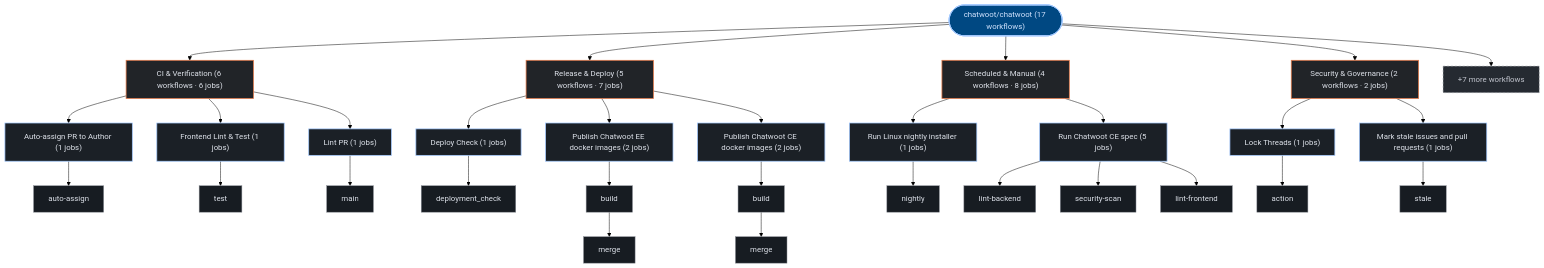
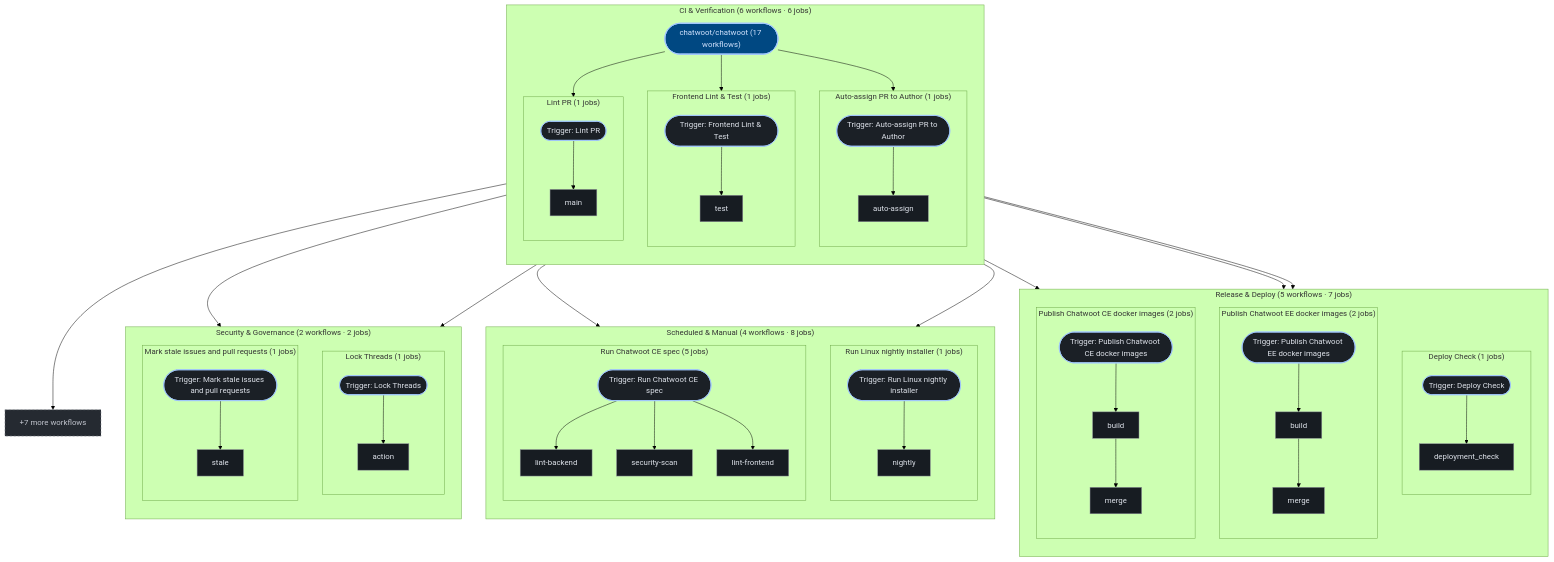
Before and after one commit to kumarshaz/atruss-code-atlas: the third of 3 diagrams in exports/latest/reports/chatwoot-chatwoot-report.md, drawn with Mermaid (forest theme). The commit also changed 181 other files, not shown here.

````diff
--- a/exports/latest/reports/chatwoot-chatwoot-report.md
+++ b/exports/latest/reports/chatwoot-chatwoot-report.md
@@ -293,62 +293,96 @@
   classDef atlasAlert fill:#93000a,stroke:#ffb4ab,stroke-width:1.5px,color:#ffdad6
   classDef atlasMore fill:#252a31,stroke:#8d9199,stroke-dasharray:4 4,color:#c3c6cf
   pipeline_root(["chatwoot/chatwoot (17 workflows)"]):::atlasRoot
-  grp_0_CI___Verification["CI & Verification (6 workflows · 6 jobs)"]:::atlasCategory
-  pipeline_root --> grp_0_CI___Verification
-  wf_0_Auto_assign_PR_to_Author["Auto-assign PR to Author (1 jobs)"]:::atlasWorkflow
-  grp_0_CI___Verification --> wf_0_Auto_assign_PR_to_Author
-  job_0_auto_assign["auto-assign"]:::atlasJob
-  wf_0_Auto_assign_PR_to_Author --> job_0_auto_assign
-  wf_2_Frontend_Lint___Test["Frontend Lint & Test (1 jobs)"]:::atlasWorkflow
-  grp_0_CI___Verification --> wf_2_Frontend_Lint___Test
-  job_2_test["test"]:::atlasJob
-  wf_2_Frontend_Lint___Test --> job_2_test
-  wf_4_Lint_PR["Lint PR (1 jobs)"]:::atlasWorkflow
-  grp_0_CI___Verification --> wf_4_Lint_PR
-  job_4_main["main"]:::atlasJob
-  wf_4_Lint_PR --> job_4_main
-  grp_1_Release___Deploy["Release & Deploy (5 workflows · 7 jobs)"]:::atlasCategory
-  pipeline_root --> grp_1_Release___Deploy
-  wf_1_Deploy_Check["Deploy Check (1 jobs)"]:::atlasWorkflow
-  grp_1_Release___Deploy --> wf_1_Deploy_Check
-  job_1_deployment_check["deployment_check"]:::atlasJob
-  wf_1_Deploy_Check --> job_1_deployment_check
-  wf_10_Publish_Chatwoot_EE_docker_images["Publish Chatwoot EE docker images (2 jobs)"]:::atlasWorkflow
-  grp_1_Release___Deploy --> wf_10_Publish_Chatwoot_EE_docker_images
-  job_10_build["build"]:::atlasJob
-  job_10_merge["merge"]:::atlasJob
-  wf_10_Publish_Chatwoot_EE_docker_images --> job_10_build
-  job_10_build --> job_10_merge
-  wf_11_Publish_Chatwoot_CE_docker_images["Publish Chatwoot CE docker images (2 jobs)"]:::atlasWorkflow
-  grp_1_Release___Deploy --> wf_11_Publish_Chatwoot_CE_docker_images
-  job_11_build["build"]:::atlasJob
-  job_11_merge["merge"]:::atlasJob
-  wf_11_Publish_Chatwoot_CE_docker_images --> job_11_build
-  job_11_build --> job_11_merge
-  grp_2_Scheduled___Manual["Scheduled & Manual (4 workflows · 8 jobs)"]:::atlasCategory
-  pipeline_root --> grp_2_Scheduled___Manual
-  wf_8_Run_Linux_nightly_installer["Run Linux nightly installer (1 jobs)"]:::atlasWorkflow
-  grp_2_Scheduled___Manual --> wf_8_Run_Linux_nightly_installer
-  job_8_nightly["nightly"]:::atlasJob
-  wf_8_Run_Linux_nightly_installer --> job_8_nightly
-  wf_12_Run_Chatwoot_CE_spec["Run Chatwoot CE spec (5 jobs)"]:::atlasWorkflow
-  grp_2_Scheduled___Manual --> wf_12_Run_Chatwoot_CE_spec
-  job_12_lint_backend["lint-backend"]:::atlasJob
-  job_12_security_scan["security-scan"]:::atlasJob
-  job_12_lint_frontend["lint-frontend"]:::atlasJob
-  wf_12_Run_Chatwoot_CE_spec --> job_12_lint_backend
-  wf_12_Run_Chatwoot_CE_spec --> job_12_security_scan
-  wf_12_Run_Chatwoot_CE_spec --> job_12_lint_frontend
-  grp_3_Security___Governance["Security & Governance (2 workflows · 2 jobs)"]:::atlasCategory
-  pipeline_root --> grp_3_Security___Governance
-  wf_5_Lock_Threads["Lock Threads (1 jobs)"]:::atlasWorkflow
-  grp_3_Security___Governance --> wf_5_Lock_Threads
-  job_5_action["action"]:::atlasJob
-  wf_5_Lock_Threads --> job_5_action
-  wf_15_Mark_stale_issues_and_pull_requests["Mark stale issues and pull requests (1 jobs)"]:::atlasWorkflow
-  grp_3_Security___Governance --> wf_15_Mark_stale_issues_and_pull_requests
-  job_15_stale["stale"]:::atlasJob
-  wf_15_Mark_stale_issues_and_pull_requests --> job_15_stale
+  subgraph sg_grp_0_CI___Verification["CI & Verification (6 workflows · 6 jobs)"]
+    direction TB
+    subgraph sg_wf_0_Auto_assign_PR_to_Author["Auto-assign PR to Author (1 jobs)"]
+      direction TB
+      wf_0_Auto_assign_PR_to_Author(["Trigger: Auto-assign PR to Author"]):::atlasWorkflow
+      job_0_auto_assign["auto-assign"]:::atlasJob
+      wf_0_Auto_assign_PR_to_Author --> job_0_auto_assign
+    end
+    pipeline_root --> wf_0_Auto_assign_PR_to_Author
+    subgraph sg_wf_2_Frontend_Lint___Test["Frontend Lint & Test (1 jobs)"]
+      direction TB
+      wf_2_Frontend_Lint___Test(["Trigger: Frontend Lint & Test"]):::atlasWorkflow
+      job_2_test["test"]:::atlasJob
+      wf_2_Frontend_Lint___Test --> job_2_test
+    end
+    pipeline_root --> wf_2_Frontend_Lint___Test
+    subgraph sg_wf_4_Lint_PR["Lint PR (1 jobs)"]
+      direction TB
+      wf_4_Lint_PR(["Trigger: Lint PR"]):::atlasWorkflow
+      job_4_main["main"]:::atlasJob
+      wf_4_Lint_PR --> job_4_main
+    end
+    pipeline_root --> wf_4_Lint_PR
+  end
+  subgraph sg_grp_1_Release___Deploy["Release & Deploy (5 workflows · 7 jobs)"]
+    direction TB
+    subgraph sg_wf_1_Deploy_Check["Deploy Check (1 jobs)"]
+      direction TB
+      wf_1_Deploy_Check(["Trigger: Deploy Check"]):::atlasWorkflow
+      job_1_deployment_check["deployment_check"]:::atlasJob
+      wf_1_Deploy_Check --> job_1_deployment_check
+    end
+    pipeline_root --> wf_1_Deploy_Check
+    subgraph sg_wf_10_Publish_Chatwoot_EE_docker_images["Publish Chatwoot EE docker images (2 jobs)"]
+      direction TB
+      wf_10_Publish_Chatwoot_EE_docker_images(["Trigger: Publish Chatwoot EE docker images"]):::atlasWorkflow
+      job_10_build["build"]:::atlasJob
+      job_10_merge["merge"]:::atlasJob
+      wf_10_Publish_Chatwoot_EE_docker_images --> job_10_build
+      job_10_build --> job_10_merge
+    end
+    pipeline_root --> wf_10_Publish_Chatwoot_EE_docker_images
+    subgraph sg_wf_11_Publish_Chatwoot_CE_docker_images["Publish Chatwoot CE docker images (2 jobs)"]
+      direction TB
+      wf_11_Publish_Chatwoot_CE_docker_images(["Trigger: Publish Chatwoot CE docker images"]):::atlasWorkflow
+      job_11_build["build"]:::atlasJob
+      job_11_merge["merge"]:::atlasJob
+      wf_11_Publish_Chatwoot_CE_docker_images --> job_11_build
+      job_11_build --> job_11_merge
+    end
+    pipeline_root --> wf_11_Publish_Chatwoot_CE_docker_images
+  end
+  subgraph sg_grp_2_Scheduled___Manual["Scheduled & Manual (4 workflows · 8 jobs)"]
+    direction TB
+    subgraph sg_wf_8_Run_Linux_nightly_installer["Run Linux nightly installer (1 jobs)"]
+      direction TB
+      wf_8_Run_Linux_nightly_installer(["Trigger: Run Linux nightly installer"]):::atlasWorkflow
+      job_8_nightly["nightly"]:::atlasJob
+      wf_8_Run_Linux_nightly_installer --> job_8_nightly
+    end
+    pipeline_root --> wf_8_Run_Linux_nightly_installer
+    subgraph sg_wf_12_Run_Chatwoot_CE_spec["Run Chatwoot CE spec (5 jobs)"]
+      direction TB
+      wf_12_Run_Chatwoot_CE_spec(["Trigger: Run Chatwoot CE spec"]):::atlasWorkflow
+      job_12_lint_backend["lint-backend"]:::atlasJob
+      job_12_security_scan["security-scan"]:::atlasJob
+      job_12_lint_frontend["lint-frontend"]:::atlasJob
+      wf_12_Run_Chatwoot_CE_spec --> job_12_lint_backend
+      wf_12_Run_Chatwoot_CE_spec --> job_12_security_scan
+      wf_12_Run_Chatwoot_CE_spec --> job_12_lint_frontend
+    end
+    pipeline_root --> wf_12_Run_Chatwoot_CE_spec
+  end
+  subgraph sg_grp_3_Security___Governance["Security & Governance (2 workflows · 2 jobs)"]
+    direction TB
+    subgraph sg_wf_5_Lock_Threads["Lock Threads (1 jobs)"]
+      direction TB
+      wf_5_Lock_Threads(["Trigger: Lock Threads"]):::atlasWorkflow
+      job_5_action["action"]:::atlasJob
+      wf_5_Lock_Threads --> job_5_action
+    end
+    pipeline_root --> wf_5_Lock_Threads
+    subgraph sg_wf_15_Mark_stale_issues_and_pull_requests["Mark stale issues and pull requests (1 jobs)"]
+      direction TB
+      wf_15_Mark_stale_issues_and_pull_requests(["Trigger: Mark stale issues and pull requests"]):::atlasWorkflow
+      job_15_stale["stale"]:::atlasJob
+      wf_15_Mark_stale_issues_and_pull_requests --> job_15_stale
+    end
+    pipeline_root --> wf_15_Mark_stale_issues_and_pull_requests
+  end
   wf_more["+7 more workflows"]:::atlasMore
   pipeline_root --> wf_more
 ```
````
